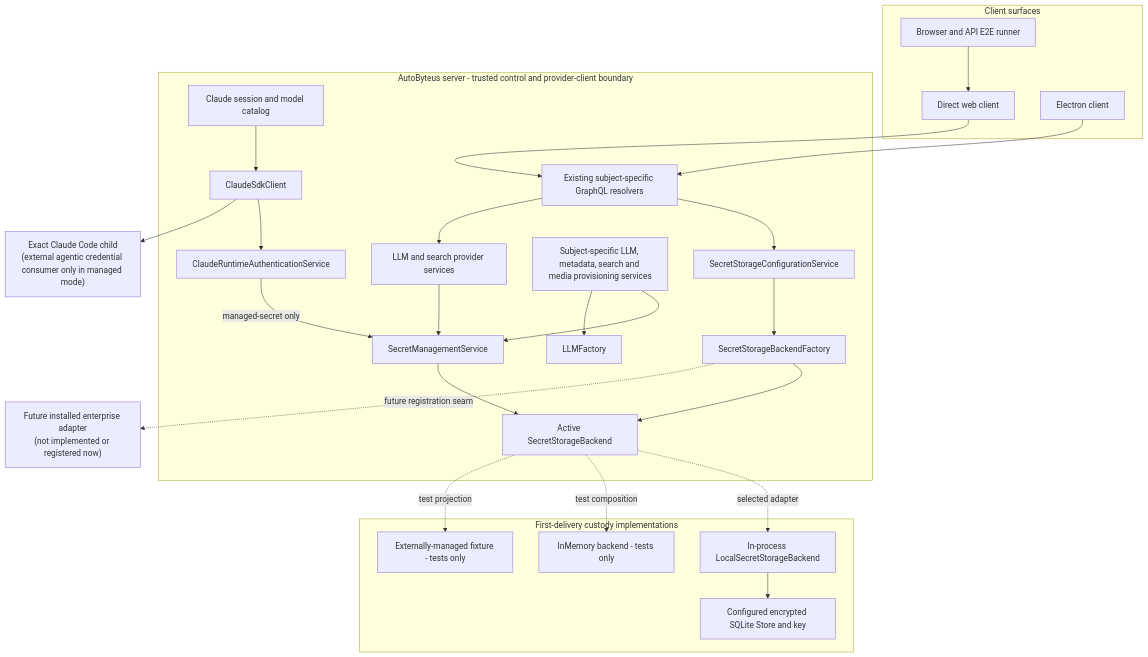
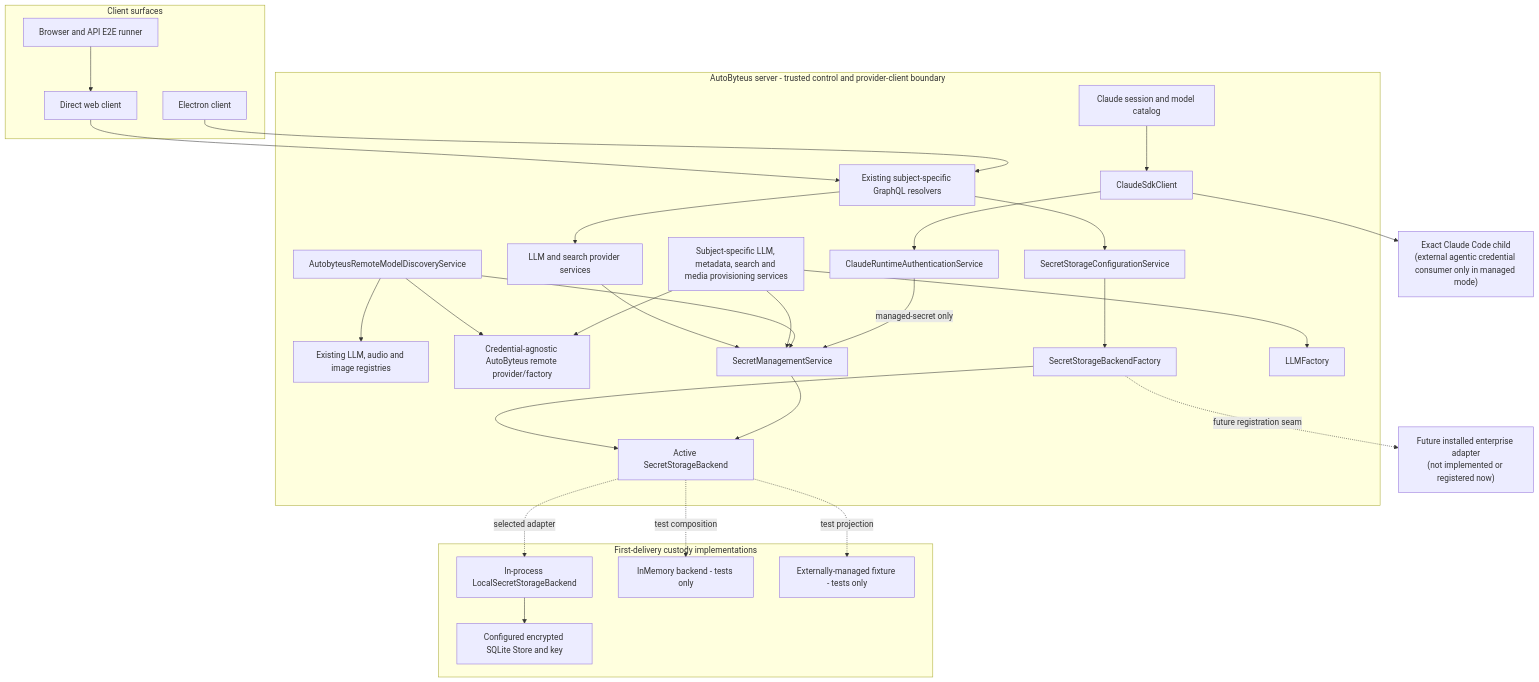
One commit to AutoByteus/autobyteus-workspace changed the first of 16 diagrams in tickets/in-progress/secure-centralized-secret-provisioning/secret-storage-architecture.md. Above: the diagram before and after it, drawn with Mermaid. The commit also changed other lines of this file and 84 other files, not shown here.

Commit message:
fix: restore managed AutoByteus gateway discovery

````diff
--- a/tickets/in-progress/secure-centralized-secret-provisioning/secret-storage-architecture.md
+++ b/tickets/in-progress/secure-centralized-secret-provisioning/secret-storage-architecture.md
@@ -33,54 +35,61 @@
 ```mermaid
 flowchart TB
   subgraph Clients["Client surfaces"]
     Web["Direct web client"]
     Electron["Electron client"]
     TestRunner["Browser and API E2E runner"]
   end
 
   subgraph Server["AutoByteus server - trusted control and provider-client boundary"]
     GraphQL["Existing subject-specific GraphQL resolvers"]
     StorageConfig["SecretStorageConfigurationService"]
     ProviderServices["LLM and search provider services"]
     ConsumerProvisioning["Subject-specific LLM, metadata, search and media provisioning services"]
+    RemoteDiscovery["AutobyteusRemoteModelDiscoveryService"]
+    ModelRegistries["Existing LLM, audio and image registries"]
+    RemoteProvider["Credential-agnostic AutoByteus remote provider/factory"]
     ClaudeCallers["Claude session and model catalog"]
     ClaudeAuth["ClaudeRuntimeAuthenticationService"]
     SecretManager["SecretManagementService"]
     BackendFactory["SecretStorageBackendFactory"]
     ActiveBackend["Active SecretStorageBackend"]
     LLMFactory["LLMFactory"]
     ClaudeClient["ClaudeSdkClient"]
   end
 
   subgraph Custody["First-delivery custody implementations"]
     LocalAdapter["In-process LocalSecretStorageBackend"]
     LocalStore["Configured encrypted SQLite Store and key"]
     InMemory["InMemory backend - tests only"]
     Fixture["Externally-managed fixture - tests only"]
   end
 
   Future["Future installed enterprise adapter\n(not implemented or registered now)"]
   ClaudeChild["Exact Claude Code child\n(external agentic credential consumer only in managed mode)"]
 
   Web --> GraphQL
   Electron --> GraphQL
   TestRunner --> Web
   GraphQL --> StorageConfig
   GraphQL --> ProviderServices
   StorageConfig --> BackendFactory
   BackendFactory --> ActiveBackend
   ProviderServices --> SecretManager
   ConsumerProvisioning --> SecretManager
+  RemoteDiscovery --> SecretManager
+  RemoteDiscovery --> RemoteProvider
+  RemoteDiscovery --> ModelRegistries
   ClaudeCallers --> ClaudeClient
   ClaudeClient --> ClaudeAuth
   ClaudeAuth -->|"managed-secret only"| SecretManager
   SecretManager --> ActiveBackend
   ConsumerProvisioning --> LLMFactory
+  ConsumerProvisioning --> RemoteProvider
   ClaudeClient --> ClaudeChild
 
   ActiveBackend -. "selected adapter" .-> LocalAdapter
   LocalAdapter --> LocalStore
   ActiveBackend -. "test composition" .-> InMemory
   ActiveBackend -. "test projection" .-> Fixture
   BackendFactory -. "future registration seam" .-> Future
 ```
````
